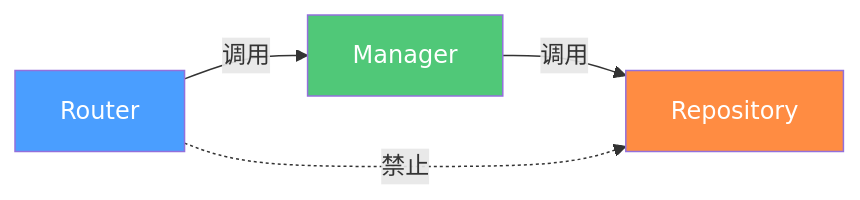
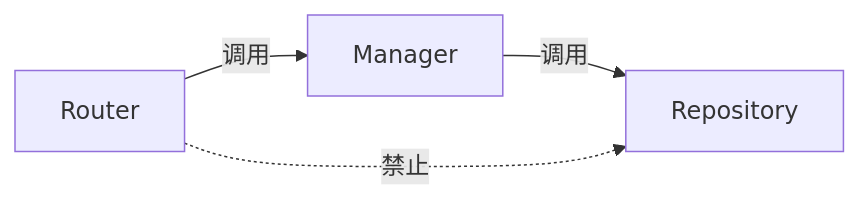
One commit to Neutrino1998/artifact-flow changed the second of 4 diagrams in docs/architecture/overview.md. Above: the diagram before and after it, drawn with Mermaid. The commit also changed 4 other files, not shown here.

First line of the commit message:
docs: drop custom mermaid fill colors for dark-mode readability

````diff
--- a/docs/architecture/overview.md
+++ b/docs/architecture/overview.md
@@ -62,10 +62,6 @@
 ```mermaid
 graph LR
     R[Router] -->|调用| M[Manager]
     M -->|调用| Repo[Repository]
     R -.->|禁止| Repo
-
-    style R fill:#4a9eff,color:#fff
-    style M fill:#50c878,color:#fff
-    style Repo fill:#ff8c42,color:#fff
 ```
````
